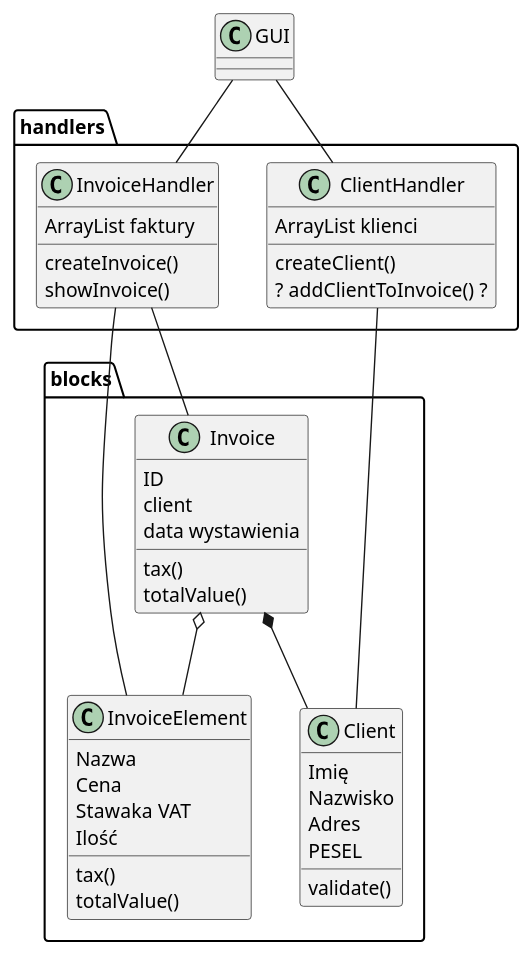
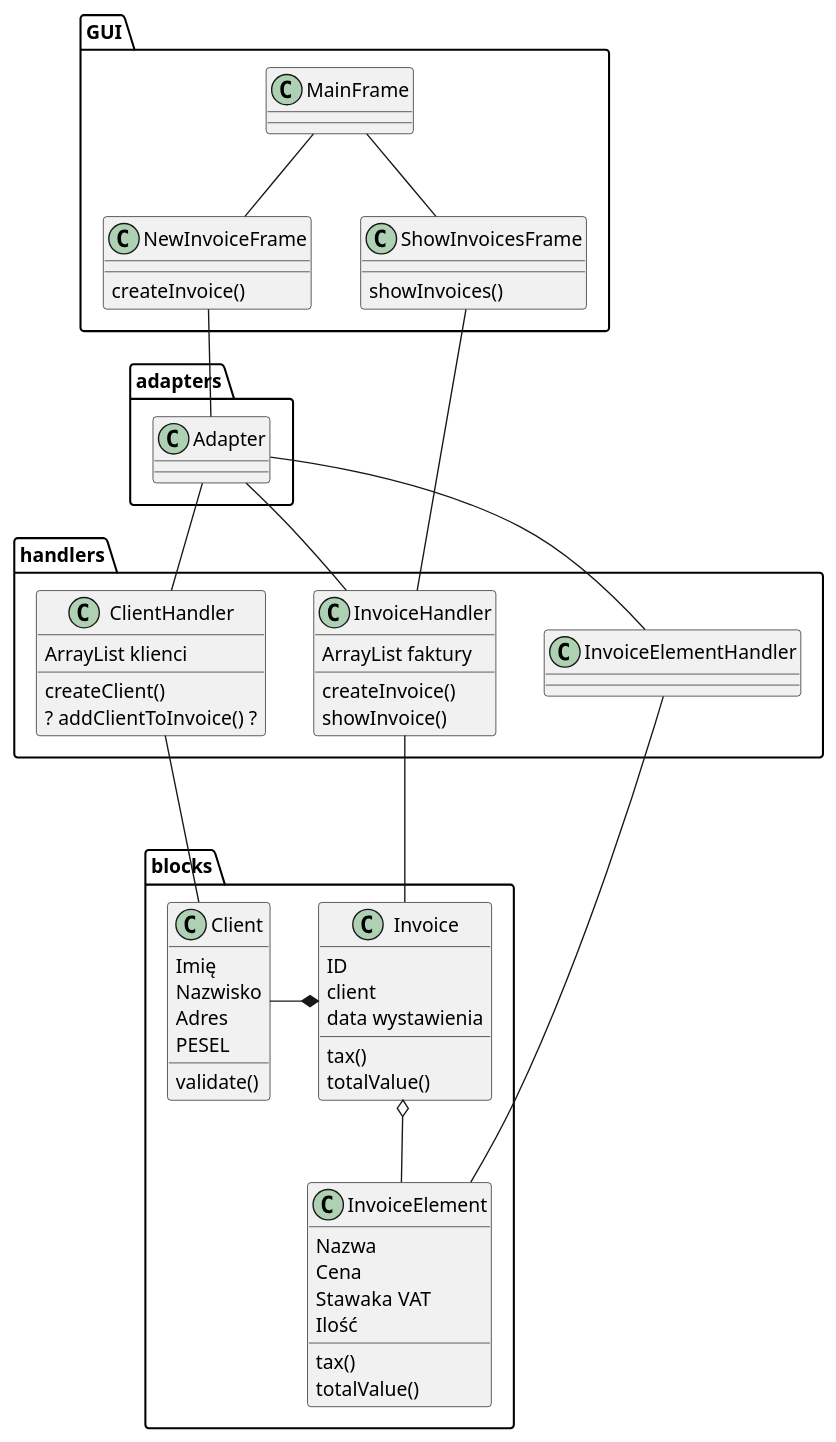
One commit to Fermento99/TP changed the diagram in faktura/UML/class.puml. Above: the diagram before and after it, drawn with PlantUML. The commit also changed 4 other files, not shown here.

Commit message:
initiated MainFrame, NewInvoiceFrame, ShowInvoiceFrame made InvoiceHandler stati, added getInvoice(id) func

```diff
--- a/faktura/UML/class.puml
+++ b/faktura/UML/class.puml
@@ -1,53 +1,72 @@
 @startuml
 
 class blocks.Invoice {
     ID
     client
     data wystawienia
     tax()
     totalValue()
 }
 
 class blocks.Client {
     Imię
     Nazwisko
     Adres
     PESEL
     validate()
 }
 
 class blocks.InvoiceElement{
     Nazwa
     Cena
     Stawaka VAT
     Ilość
     tax()
     totalValue()
 }
 
 class handlers.InvoiceHandler{
     ArrayList faktury
     createInvoice()
     showInvoice()
 }
 
 class handlers.ClientHandler{
     ArrayList klienci
     createClient()
     ? addClientToInvoice() ?
 }
 
-class GUI {
+class adapters.Adapter {
+
+}
+class handlers.InvoiceElementHandler {
 
 }
 
+class GUI.MainFrame{
 
-GUI -- handlers.ClientHandler
-GUI -- handlers.InvoiceHandler
-blocks.Invoice *-- blocks.Client
+}
+
+class GUI.NewInvoiceFrame {
+    createInvoice()
+}
+
+class GUI.ShowInvoicesFrame {
+    showInvoices()
+}
+
+GUI.NewInvoiceFrame -- adapters.Adapter
+GUI.MainFrame -- GUI.ShowInvoicesFrame
+GUI.MainFrame -- GUI.NewInvoiceFrame
+GUI.ShowInvoicesFrame -- handlers.InvoiceHandler
+adapters.Adapter -- handlers.ClientHandler
+adapters.Adapter -- handlers.InvoiceHandler
+adapters.Adapter -- handlers.InvoiceElementHandler
+blocks.Invoice *- blocks.Client
 blocks.Invoice o-- blocks.InvoiceElement
 handlers.InvoiceHandler -- blocks.Invoice
-handlers.InvoiceHandler - blocks.InvoiceElement
 handlers.ClientHandler --- blocks.Client
+handlers.InvoiceElementHandler -- blocks.InvoiceElement
 
 @enduml
```
